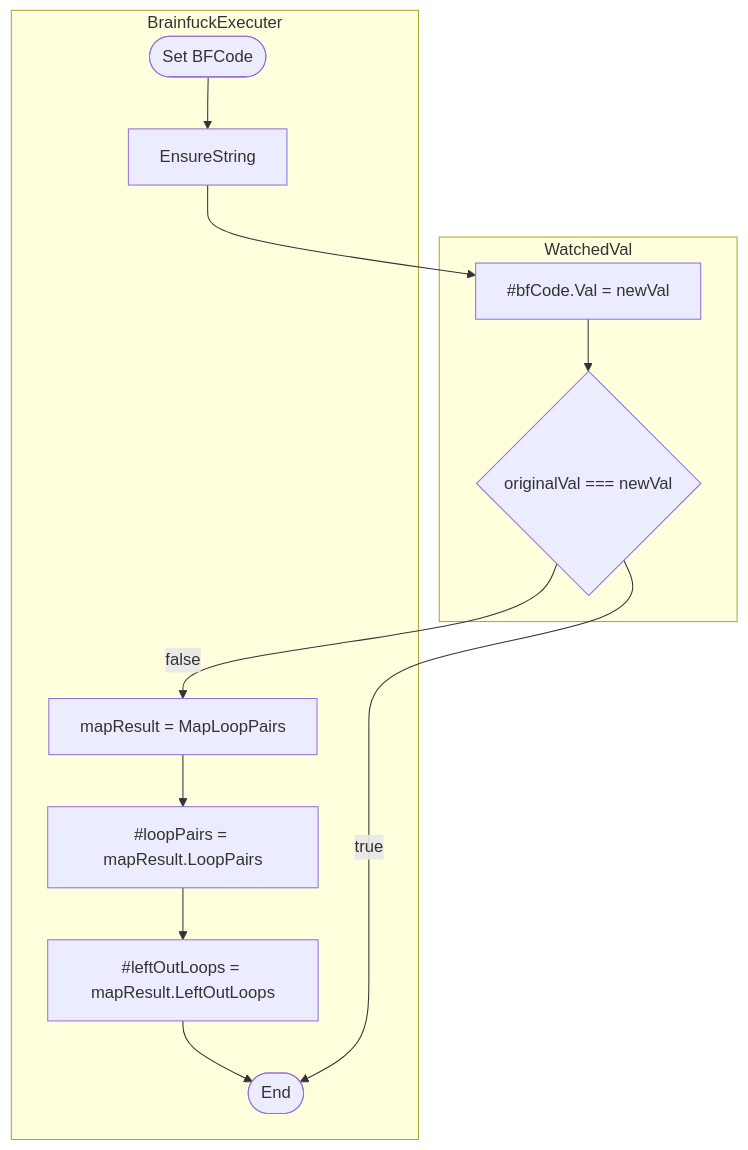
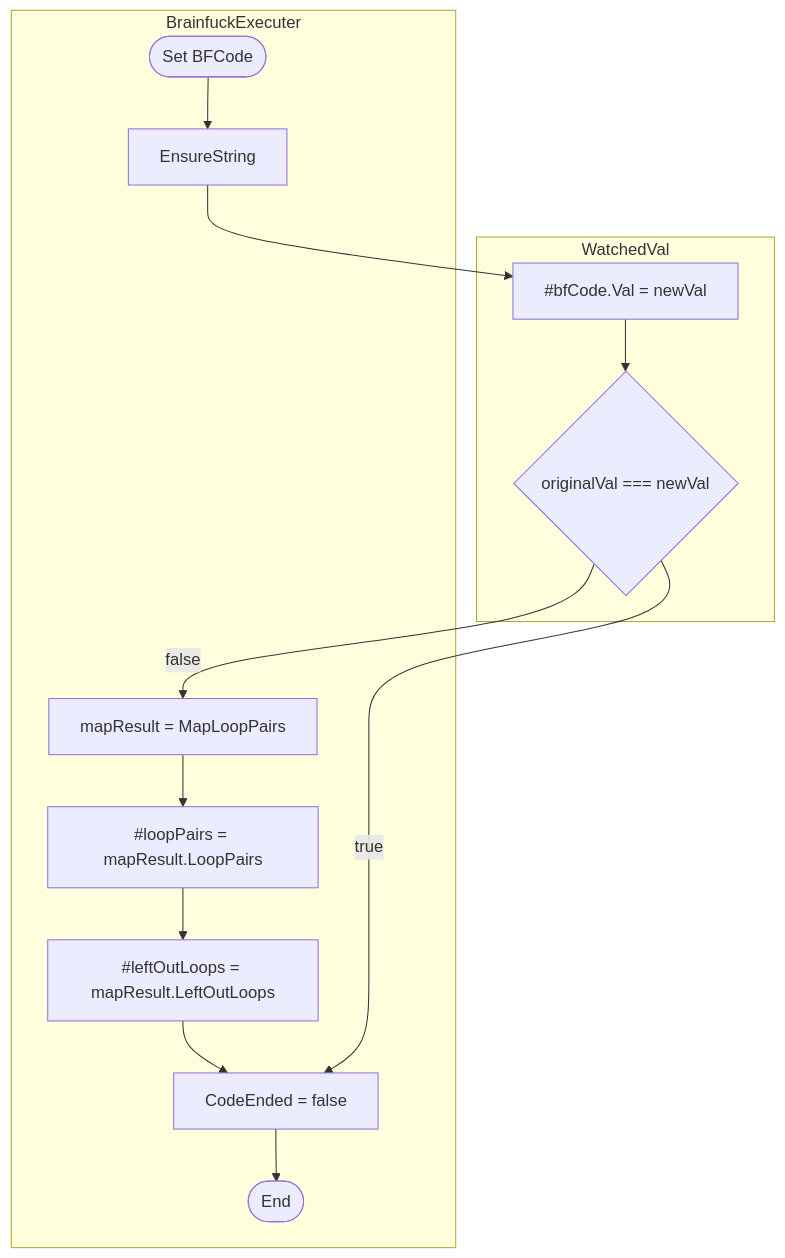
The third of 47 diagrams in Classes_Info/BrainfuckExecuter.md (BCS21090011/BrainFucker), drawn with Mermaid before and after one commit. The commit also changed other lines of this file and 2 other files, not shown here.

Commit message:
Fixed out ranged issue, added feature to stop code execution.

````diff
--- a/Classes_Info/BrainfuckExecuter.md
+++ b/Classes_Info/BrainfuckExecuter.md
@@ -211,37 +219,40 @@
     ```mermaid
     flowchart TD
 
     subgraph WatchedVal
         SetBFCode[#bfCode.Val = newVal]
         WatchedValCheckSameVal{originalVal === newVal}
     end
 
     subgraph BrainfuckExecuter
         Start([Set BFCode])
         EnsureString
         MapLoopPairs[mapResult = MapLoopPairs]
         SetLoopPairs[#loopPairs = mapResult.LoopPairs]
         SetLeftOutLoops[#leftOutLoops = mapResult.LeftOutLoops]
+        SetCodeEnded[CodeEnded = false]
         End([End])
     end
 
     Start
     -->
     EnsureString
     -->
     SetBFCode
     -->
     WatchedValCheckSameVal
     --false-->
     MapLoopPairs
     -->
     SetLoopPairs
     -->
     SetLeftOutLoops
     -->
+    SetCodeEnded
+    -->
     End
 
     WatchedValCheckSameVal
     --true-->
-    End
+    SetCodeEnded
     ```
````
